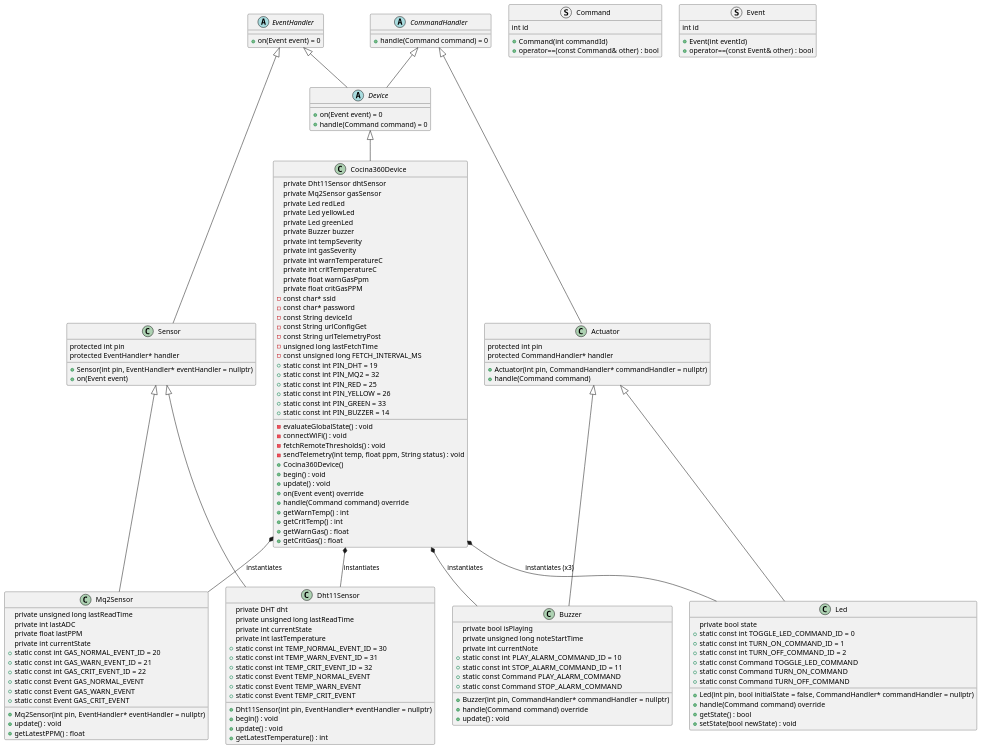
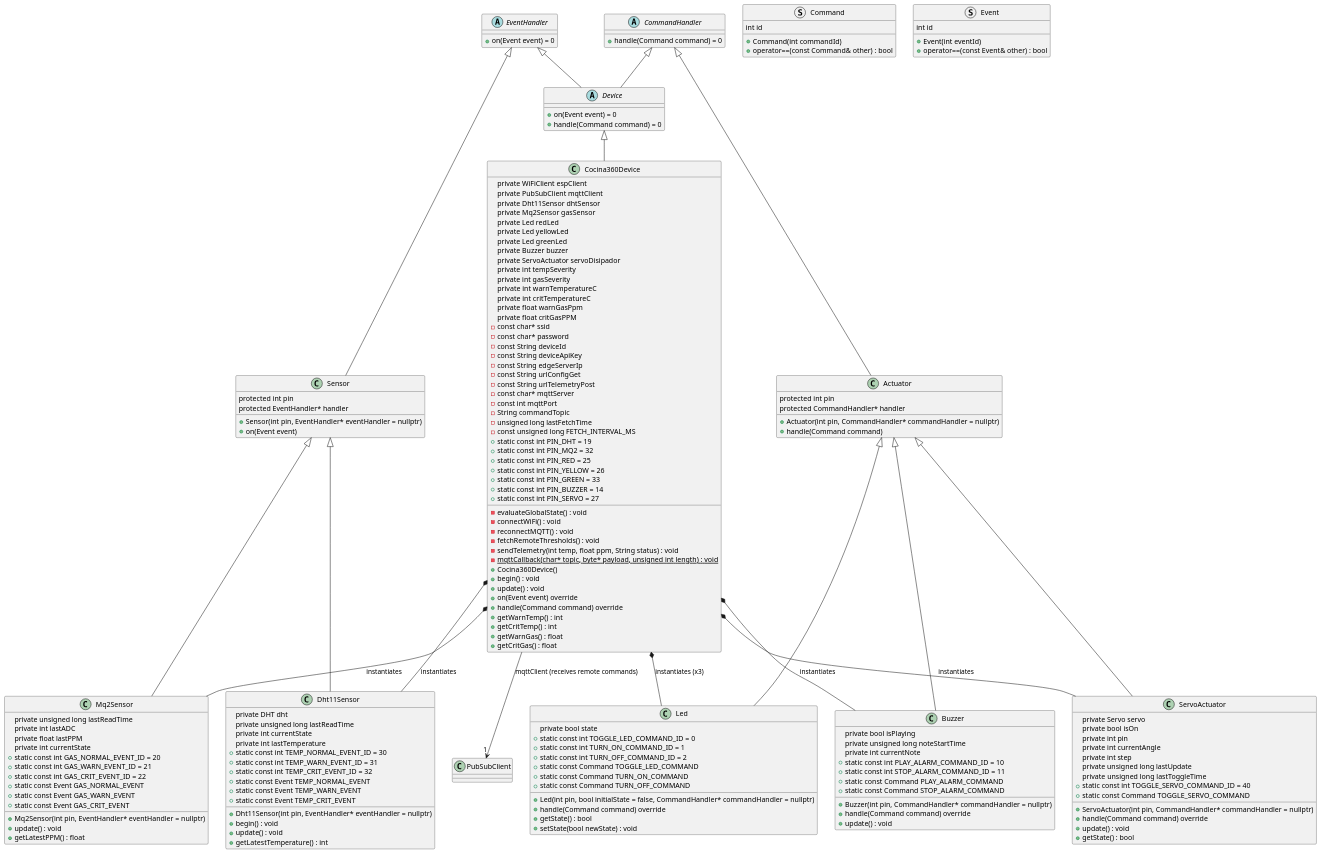
The diagram in docs/class-diagram.puml (Soulware-IoT/embedded), drawn with PlantUML before and after one commit. The commit also changed 2 other files, not shown here.

```diff
--- a/docs/class-diagram.puml
+++ b/docs/class-diagram.puml
@@ -1,159 +1,189 @@
 @startuml
 
 top to bottom direction
 
 struct Command {
     int id
     +Command(int commandId)
     +operator==(const Command& other) : bool
 }
 
 struct Event {
     int id
     +Event(int eventId)
     +operator==(const Event& other) : bool
 }
 
 abstract class CommandHandler {
     +handle(Command command) = 0
 }
 
 abstract class EventHandler {
     +on(Event event) = 0
 }
 
 abstract class Device {
     +on(Event event) = 0
     +handle(Command command) = 0
 }
 Device -up-|> EventHandler
 Device -up-|> CommandHandler
 
 class Sensor {
     protected int pin
     protected EventHandler* handler
     +Sensor(int pin, EventHandler* eventHandler = nullptr)
     +on(Event event)
 }
 Sensor -up-|> EventHandler
 
 class Actuator {
     protected int pin
     protected CommandHandler* handler
     +Actuator(int pin, CommandHandler* commandHandler = nullptr)
     +handle(Command command)
 }
 Actuator -up-|> CommandHandler
 
 class Dht11Sensor {
     private DHT dht
     private unsigned long lastReadTime
     private int currentState
     private int lastTemperature
     +static const int TEMP_NORMAL_EVENT_ID = 30
     +static const int TEMP_WARN_EVENT_ID = 31
     +static const int TEMP_CRIT_EVENT_ID = 32
     +static const Event TEMP_NORMAL_EVENT
     +static const Event TEMP_WARN_EVENT
     +static const Event TEMP_CRIT_EVENT
     +Dht11Sensor(int pin, EventHandler* eventHandler = nullptr)
     +begin() : void
     +update() : void
     +getLatestTemperature() : int
 }
 Dht11Sensor -up-|> Sensor
 
 class Mq2Sensor {
     private unsigned long lastReadTime
     private int lastADC
     private float lastPPM
     private int currentState
     +static const int GAS_NORMAL_EVENT_ID = 20
     +static const int GAS_WARN_EVENT_ID = 21
     +static const int GAS_CRIT_EVENT_ID = 22
     +static const Event GAS_NORMAL_EVENT
     +static const Event GAS_WARN_EVENT
     +static const Event GAS_CRIT_EVENT
     +Mq2Sensor(int pin, EventHandler* eventHandler = nullptr)
     +update() : void
     +getLatestPPM() : float
 }
 Mq2Sensor -up-|> Sensor
 
 class Led {
     private bool state
     +static const int TOGGLE_LED_COMMAND_ID = 0
     +static const int TURN_ON_COMMAND_ID = 1
     +static const int TURN_OFF_COMMAND_ID = 2
     +static const Command TOGGLE_LED_COMMAND
     +static const Command TURN_ON_COMMAND
     +static const Command TURN_OFF_COMMAND
     +Led(int pin, bool initialState = false, CommandHandler* commandHandler = nullptr)
     +handle(Command command) override
     +getState() : bool
     +setState(bool newState) : void
 }
 Led -up-|> Actuator
 
 class Buzzer {
     private bool isPlaying
     private unsigned long noteStartTime
     private int currentNote
     +static const int PLAY_ALARM_COMMAND_ID = 10
     +static const int STOP_ALARM_COMMAND_ID = 11
     +static const Command PLAY_ALARM_COMMAND
     +static const Command STOP_ALARM_COMMAND
     +Buzzer(int pin, CommandHandler* commandHandler = nullptr)
     +handle(Command command) override
     +update() : void
 }
 Buzzer -up-|> Actuator
 
+class ServoActuator {
+    private Servo servo
+    private bool isOn
+    private int pin
+    private int currentAngle
+    private int step
+    private unsigned long lastUpdate
+    private unsigned long lastToggleTime
+    +static const int TOGGLE_SERVO_COMMAND_ID = 40
+    +static const Command TOGGLE_SERVO_COMMAND
+    +ServoActuator(int pin, CommandHandler* commandHandler = nullptr)
+    +handle(Command command) override
+    +update() : void
+    +getState() : bool
+}
+ServoActuator -up-|> Actuator
+
 class Cocina360Device {
+    private WiFiClient espClient
+    private PubSubClient mqttClient
     private Dht11Sensor dhtSensor
     private Mq2Sensor gasSensor
     private Led redLed
     private Led yellowLed
     private Led greenLed
     private Buzzer buzzer
+    private ServoActuator servoDisipador
     private int tempSeverity
     private int gasSeverity
     private int warnTemperatureC
     private int critTemperatureC
     private float warnGasPpm
     private float critGasPPM
     -const char* ssid
     -const char* password
     -const String deviceId
+    -const String deviceApiKey
+    -const String edgeServerIp
     -const String urlConfigGet
     -const String urlTelemetryPost
+    -const char* mqttServer
+    -const int mqttPort
+    -String commandTopic
     -unsigned long lastFetchTime
     -const unsigned long FETCH_INTERVAL_MS
     -evaluateGlobalState() : void
     -connectWiFi() : void
+    -reconnectMQTT() : void
     -fetchRemoteThresholds() : void
     -sendTelemetry(int temp, float ppm, String status) : void
+    -{static} mqttCallback(char* topic, byte* payload, unsigned int length) : void
     +static const int PIN_DHT = 19
     +static const int PIN_MQ2 = 32
     +static const int PIN_RED = 25
     +static const int PIN_YELLOW = 26
     +static const int PIN_GREEN = 33
     +static const int PIN_BUZZER = 14
+    +static const int PIN_SERVO = 27
     +Cocina360Device()
     +begin() : void
     +update() : void
     +on(Event event) override
     +handle(Command command) override
     +getWarnTemp() : int
     +getCritTemp() : int
     +getWarnGas() : float
     +getCritGas() : float
 }
 Cocina360Device -up-|> Device
 
 Cocina360Device *-- Dht11Sensor : instantiates
 Cocina360Device *-- Mq2Sensor : instantiates
 Cocina360Device *-- Led : instantiates (x3)
 Cocina360Device *-- Buzzer : instantiates
+Cocina360Device *-- ServoActuator : instantiates
+Cocina360Device --> "1" PubSubClient : mqttClient (receives remote commands)
 
 @enduml
```
